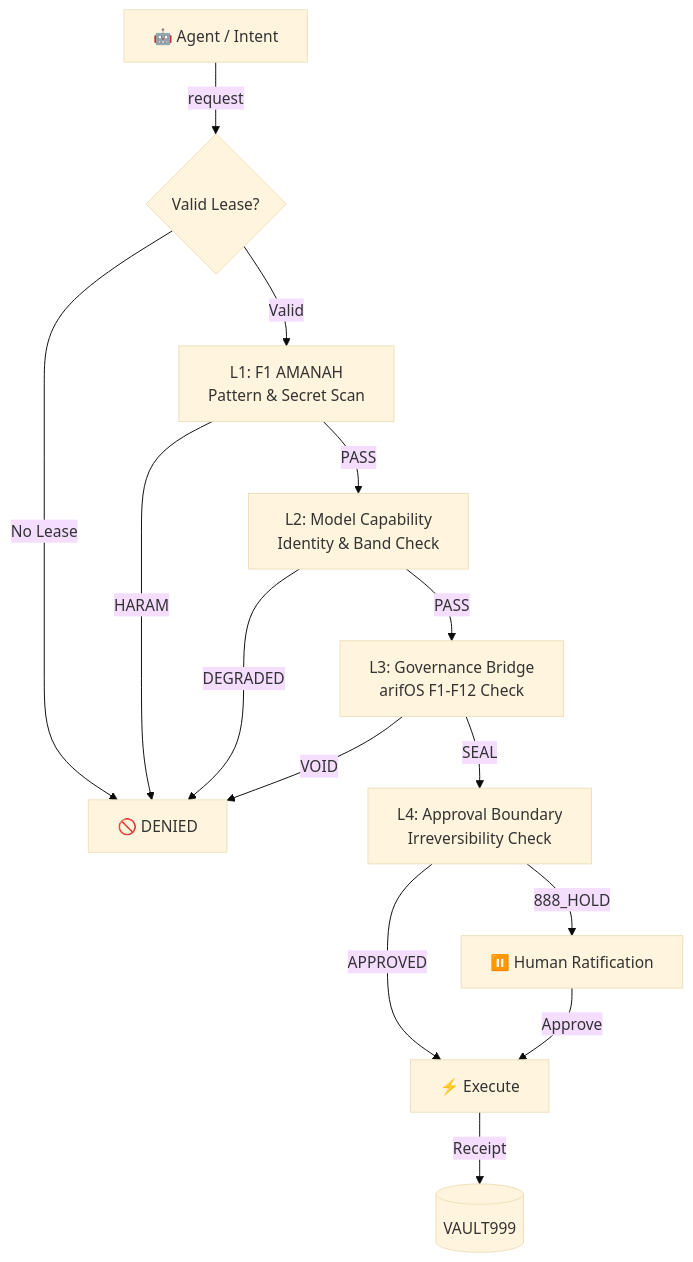
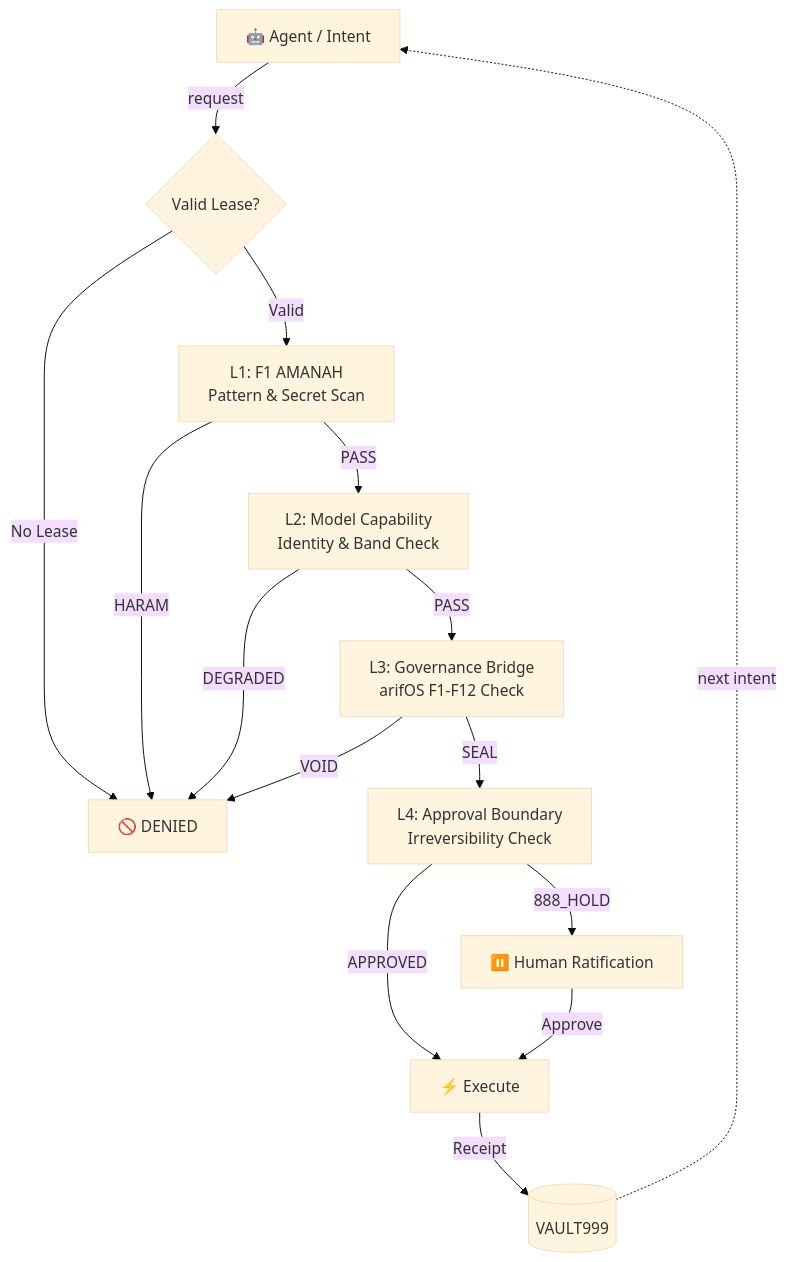
Before and after one commit to ariffazil/A-FORGE: the first of 2 diagrams in README.md, drawn with Mermaid (base theme). The commit also changed other lines of this file, not shown here.

First line of the commit message:
docs: inner/outer loop mermaid diagrams — federation state alignment (#78)

````diff
--- a/README.md
+++ b/README.md
@@ -33,16 +33,17 @@
 ```mermaid
 graph TB
     AGENT[🤖 Agent / Intent] -->|request| LEASE{Valid Lease?}
     LEASE -->|No Lease| BLOCK[🚫 DENIED]
     LEASE -->|Valid| L1[L1: F1 AMANAH<br/>Pattern & Secret Scan]
     L1 -->|HARAM| BLOCK
     L1 -->|PASS| L2[L2: Model Capability<br/>Identity & Band Check]
     L2 -->|DEGRADED| BLOCK
     L2 -->|PASS| L3[L3: Governance Bridge<br/>arifOS F1-F12 Check]
     L3 -->|VOID| BLOCK
     L3 -->|SEAL| L4[L4: Approval Boundary<br/>Irreversibility Check]
     L4 -->|888_HOLD| HOLD[⏸️ Human Ratification]
     L4 -->|APPROVED| EXEC[⚡ Execute]
     EXEC -->|Receipt| VAULT[(VAULT999)]
     HOLD -->|Approve| EXEC
+    VAULT -.->|next intent| AGENT
 ```
````
